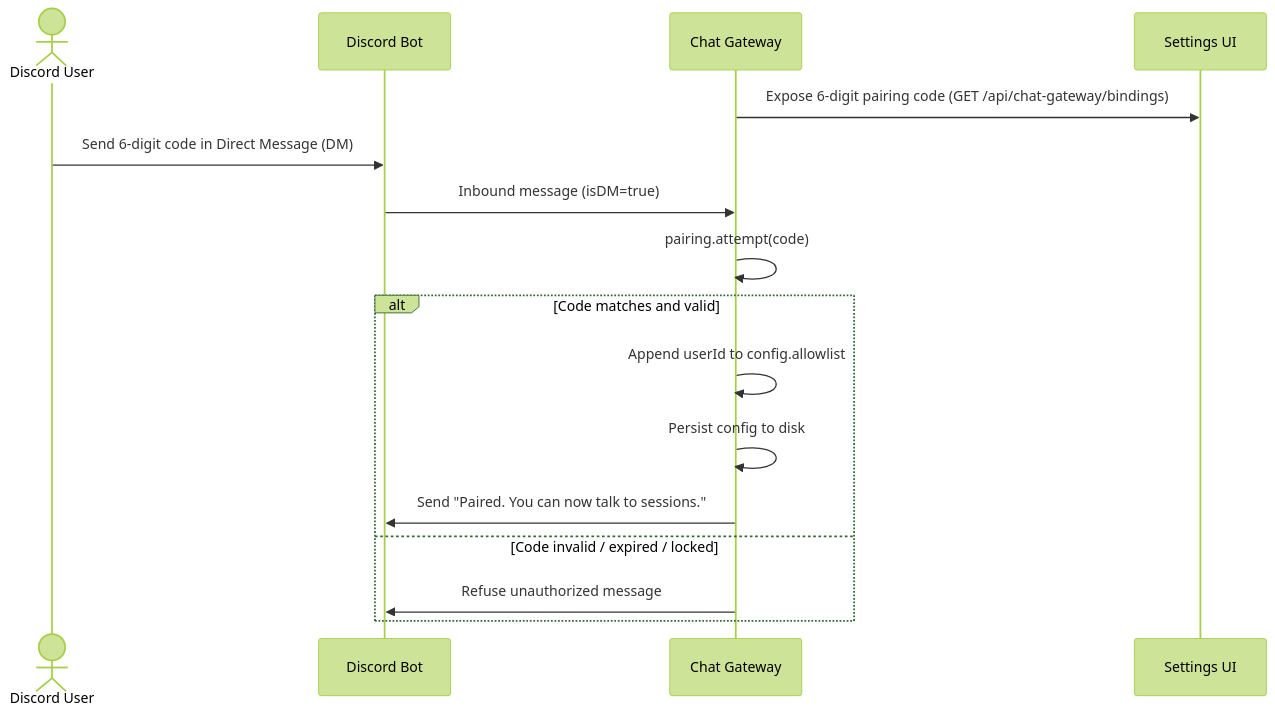
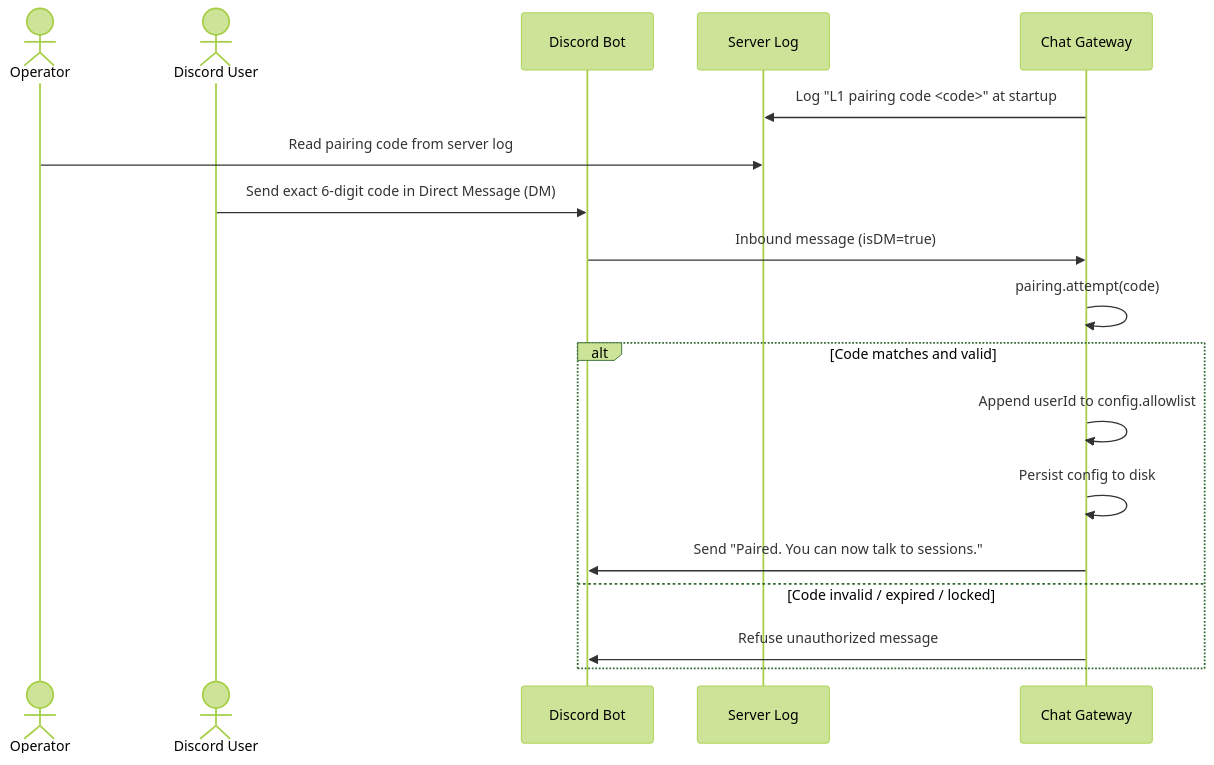
The diagram in docs/chat-gateway.md (BlackBeltTechnology/pi-agent-dashboard), drawn with Mermaid (forest theme) before and after one commit. The commit also changed other lines of this file and 15 other files, not shown here.

````diff
--- a/docs/chat-gateway.md
+++ b/docs/chat-gateway.md
@@ -75,19 +75,21 @@
 ```mermaid
 sequenceDiagram
+  actor Op as Operator
   actor User as Discord User
   participant Bot as Discord Bot
+  participant Log as Server Log
   participant GW as Chat Gateway
-  participant Web as Settings UI
 
-  GW->>Web: Expose 6-digit pairing code (GET /api/chat-gateway/bindings)
-  User->>Bot: Send 6-digit code in Direct Message (DM)
+  GW->>Log: Log "L1 pairing code <code>" at startup
+  Op->>Log: Read pairing code from server log
+  User->>Bot: Send exact 6-digit code in Direct Message (DM)
   Bot->>GW: Inbound message (isDM=true)
   GW->>GW: pairing.attempt(code)
   alt Code matches and valid
     GW->>GW: Append userId to config.allowlist
     GW->>GW: Persist config to disk
     GW->>Bot: Send "Paired. You can now talk to sessions."
   else Code invalid / expired / locked
     GW->>Bot: Refuse unauthorized message
   end
 ```
````
